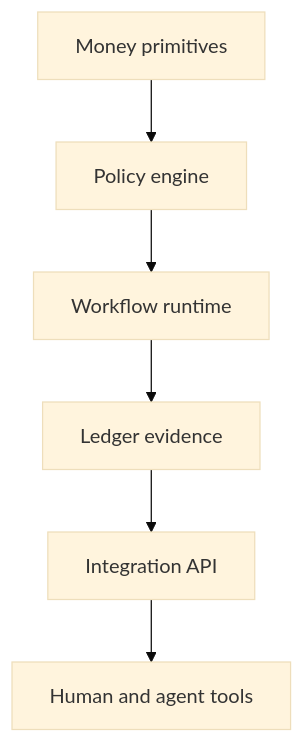
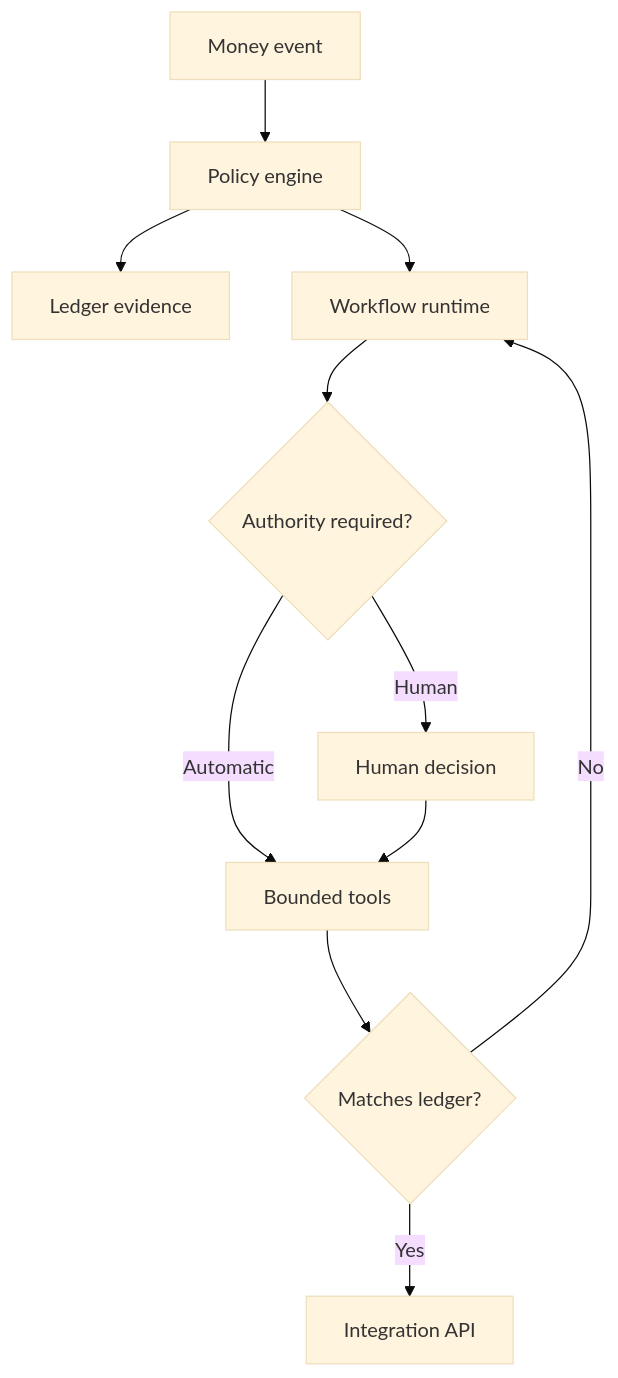
One commit to J0UH/moneyos-platform changed the diagram in README.md. Above: the diagram before and after it, drawn with Mermaid (base theme). The commit also changed other lines of this file and 2 other files, not shown here.

Commit message:
docs: refine project portfolio

````diff
--- a/README.md
+++ b/README.md
@@ -25,14 +30,15 @@
 ```mermaid
 flowchart TD
-    n0["Money primitives"]
-    n1["Policy engine"]
-    n2["Workflow runtime"]
-    n3["Ledger evidence"]
-    n4["Integration API"]
-    n5["Human and agent tools"]
-    n0 --> n1
-    n1 --> n2
-    n2 --> n3
-    n3 --> n4
-    n4 --> n5
+accTitle: MoneyOS
+accDescr: Money truth is recorded separately from workflow state. Automated and human authority converge on bounded tools, and no result leaves through the API until it reconciles with ledger evidence.
+    event["Money event"] --> policy["Policy engine"]
+    policy --> ledger["Ledger evidence"]
+    policy --> workflow["Workflow runtime"]
+    workflow --> authority{"Authority required?"}
+    authority -->|Automatic| tools["Bounded tools"]
+    authority -->|Human| decision["Human decision"]
+    decision --> tools
+    tools --> reconcile{"Matches ledger?"}
+    reconcile -->|No| workflow
+    reconcile -->|Yes| api["Integration API"]
 ```
````
